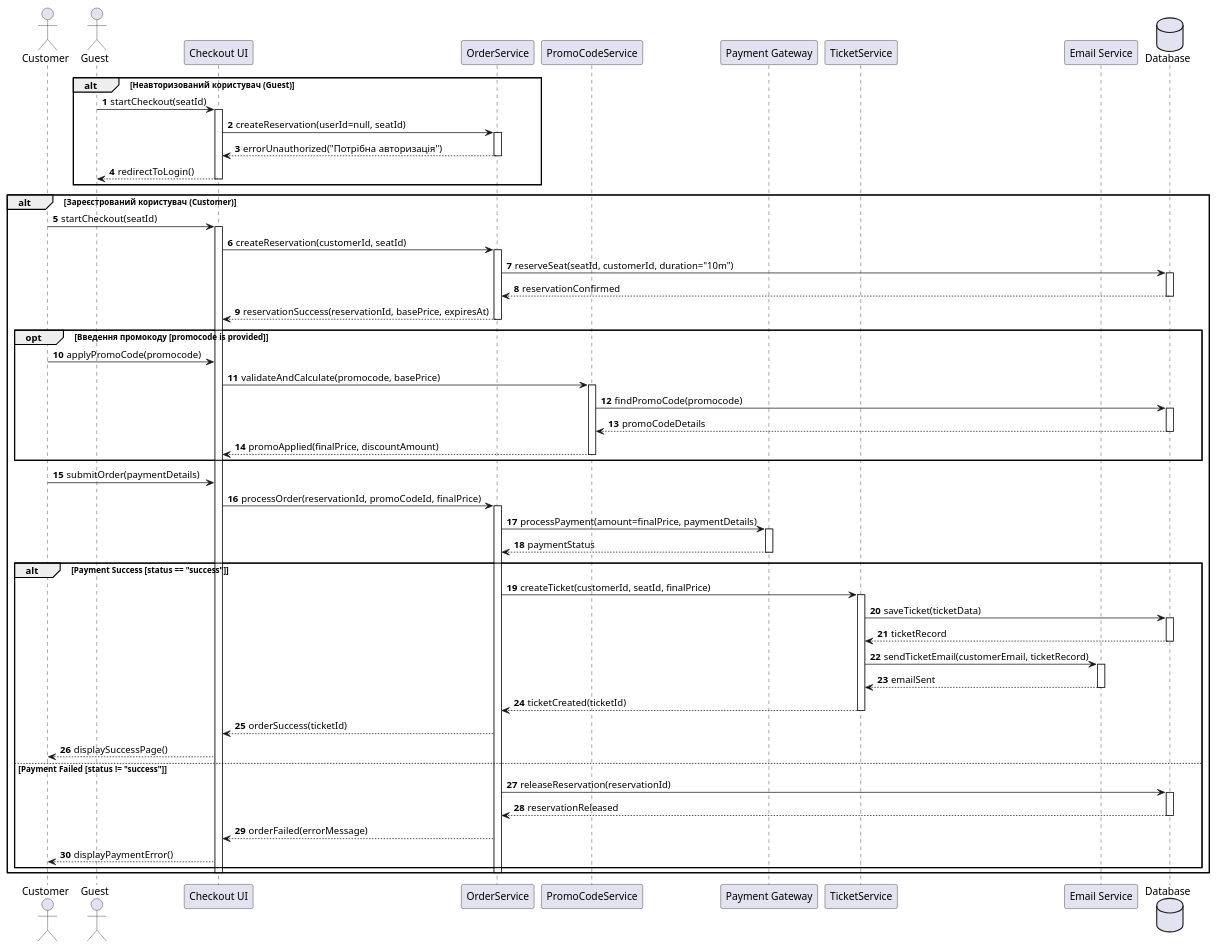
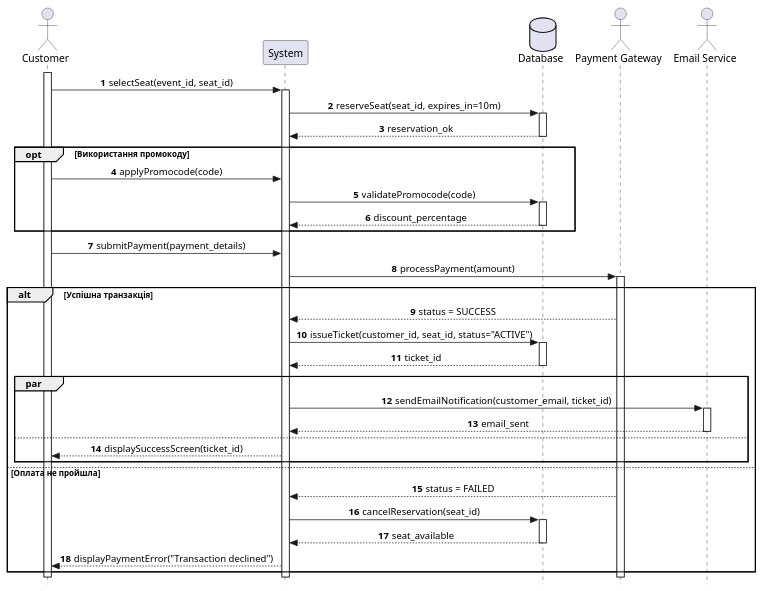
The diagram in lab3/scenario1.puml (anastasiiaaz/2-course-mavpz), drawn with PlantUML before and after one commit. The commit also changed 3 other files, not shown here.

Commit message:
docs: add 3 sequence diagram and spec

```diff
--- a/lab3/scenario1.puml
+++ b/lab3/scenario1.puml
@@ -1,93 +1,65 @@
-@startuml
+@startuml buy_ticket
 autonumber
-actor "Customer" as Customer
-actor "Guest" as Guest
-participant "Checkout UI" as UI
-participant "OrderService" as OrderService
-participant "PromoCodeService" as PromoService
-participant "Payment Gateway" as Payment
-participant "TicketService" as TicketService
-participant "Email Service" as Email
+skinparam Style strictuml
+skinparam SequenceMessageAlignment center
+
+actor "Customer" as C
+participant "System" as App
 database "Database" as DB
+actor "Payment Gateway" as PG
+actor "Email Service" as ES
 
-alt Неавторизований користувач (Guest)
-    Guest -> UI: startCheckout(seatId)
-    activate UI
-    UI -> OrderService: createReservation(userId=null, seatId)
-    activate OrderService
-    OrderService --> UI: errorUnauthorized("Потрібна авторизація")
-    deactivate OrderService
-    UI --> Guest: redirectToLogin()
-    deactivate UI
+activate C
+C -> App : selectSeat(event_id, seat_id)
+activate App
+
+App -> DB : reserveSeat(seat_id, expires_in=10m)
+activate DB
+DB --> App : reservation_ok
+deactivate DB
+
+opt Використання промокоду
+    C -> App : applyPromocode(code)
+    App -> DB : validatePromocode(code)
+    activate DB
+    DB --> App : discount_percentage
+    deactivate DB
 end
 
-alt Зареєстрований користувач (Customer)
-    Customer -> UI: startCheckout(seatId)
-    activate UI
+C -> App : submitPayment(payment_details)
 
-    UI -> OrderService: createReservation(customerId, seatId)
-    activate OrderService
-    OrderService -> DB: reserveSeat(seatId, customerId, duration="10m")
+App -> PG : processPayment(amount)
+activate PG
+
+alt Успішна транзакція
+    PG --> App : status = SUCCESS
+    
+    App -> DB : issueTicket(customer_id, seat_id, status="ACTIVE")
     activate DB
-    DB --> OrderService: reservationConfirmed
+    DB --> App : ticket_id
     deactivate DB
-
-    OrderService --> UI: reservationSuccess(reservationId, basePrice, expiresAt)
-    deactivate OrderService
-
-    opt Введення промокоду [promocode is provided]
-        Customer -> UI: applyPromoCode(promocode)
-        UI -> PromoService: validateAndCalculate(promocode, basePrice)
-        activate PromoService
-        PromoService -> DB: findPromoCode(promocode)
-        activate DB
-        DB --> PromoService: promoCodeDetails
-        deactivate DB
-        
-        PromoService --> UI: promoApplied(finalPrice, discountAmount)
-        deactivate PromoService
+    
+    par
+        App -> ES : sendEmailNotification(customer_email, ticket_id)
+        activate ES
+        ES --> App : email_sent
+        deactivate ES
+    else
+        App --> C : displaySuccessScreen(ticket_id)
     end
 
-    Customer -> UI: submitOrder(paymentDetails)
-    UI -> OrderService: processOrder(reservationId, promoCodeId, finalPrice)
-    activate OrderService
-
-    OrderService -> Payment: processPayment(amount=finalPrice, paymentDetails)
-    activate Payment
-    Payment --> OrderService: paymentStatus
-    deactivate Payment
-
-    alt Payment Success [status == "success"]
-        OrderService -> TicketService: createTicket(customerId, seatId, finalPrice)
-        activate TicketService
-        TicketService -> DB: saveTicket(ticketData)
-        activate DB
-        DB --> TicketService: ticketRecord
-        deactivate DB
-        
-        TicketService -> Email: sendTicketEmail(customerEmail, ticketRecord)
-        activate Email
-        Email --> TicketService: emailSent
-        deactivate Email
-        
-        TicketService --> OrderService: ticketCreated(ticketId)
-        deactivate TicketService
-        
-        OrderService --> UI: orderSuccess(ticketId)
-        UI --> Customer: displaySuccessPage()
-
-    else Payment Failed [status != "success"]
-        OrderService -> DB: releaseReservation(reservationId)
-        activate DB
-        DB --> OrderService: reservationReleased
-        deactivate DB
-        
-        OrderService --> UI: orderFailed(errorMessage)
-        UI --> Customer: displayPaymentError()
-    end
-
-    deactivate OrderService
-    deactivate UI
+else Оплата не пройшла
+    PG --> App : status = FAILED
+    
+    App -> DB : cancelReservation(seat_id)
+    activate DB
+    DB --> App : seat_available
+    deactivate DB
+    
+    App --> C : displayPaymentError("Transaction declined")
 end
 
+deactivate PG
+deactivate App
+deactivate C
 @enduml
```
